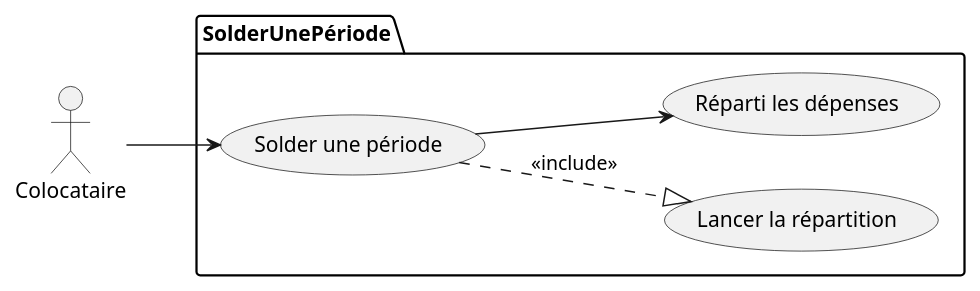
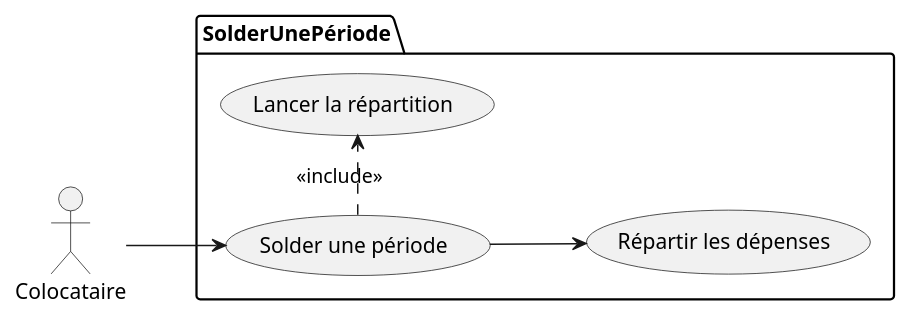
One commit to MihutaMihail/application_crous changed the fourth of 6 diagrams in README.md. Above: the diagram before and after it, drawn with PlantUML. The commit also changed other lines of this file, not shown here.

````diff
--- a/README.md
+++ b/README.md
@@ -128,17 +134,17 @@
 ```plantuml
 @startuml model1
 scale 1
 left to right direction
 actor Colocataire as c
 
 package SolderUnePériode {
     usecase "Solder une période" as UC1
     usecase "Lancer la répartition" as UC2
-    usecase "Réparti les dépenses" as UC3
+    usecase "Répartir les dépenses" as UC3
 }
 c --> UC1
-UC1 ..|> UC2 : <<include>>
+UC1 .> UC2 : <<include>>
 UC1 --> UC3
 
 @enduml
 ```
````
